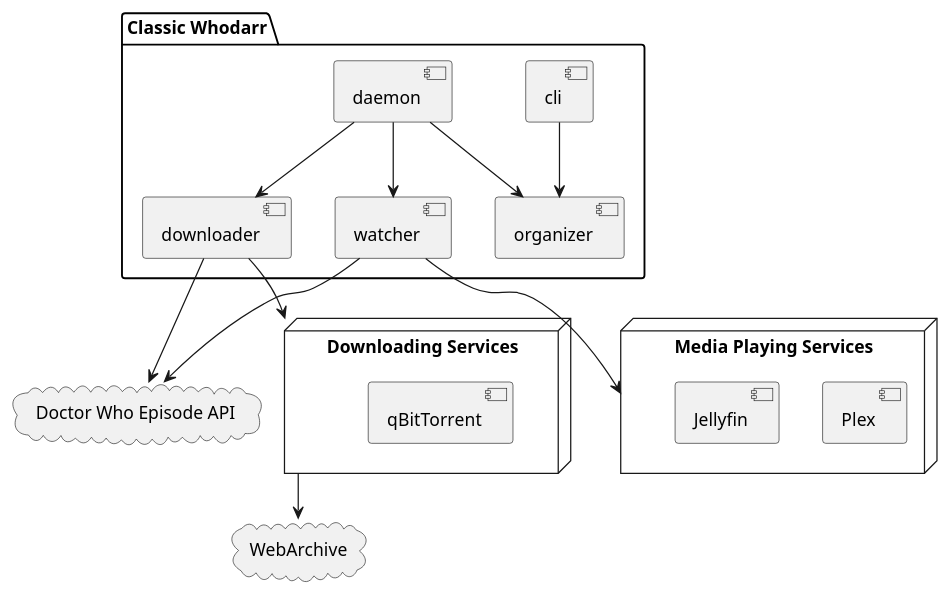
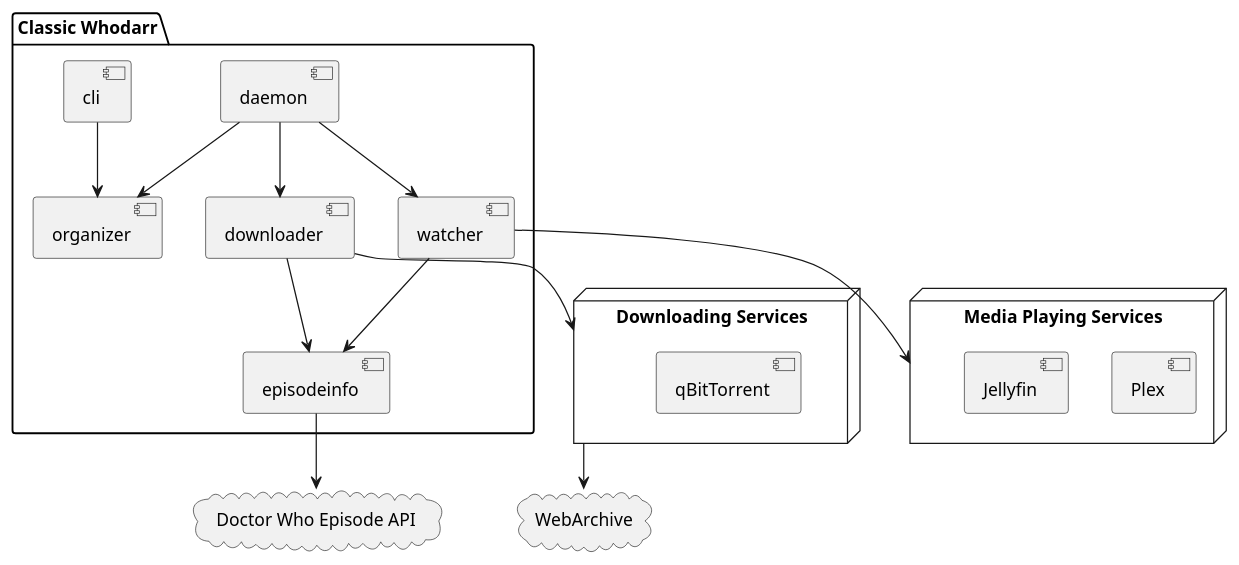
Before and after one commit to krestenlaust/classic-whodarr: the diagram in docs/componentdiagram.puml, drawn with PlantUML. The commit also changed 2 other files, not shown here.

Commit message:
Added Episode Info-module

```diff
--- a/docs/componentdiagram.puml
+++ b/docs/componentdiagram.puml
@@ -1,30 +1,31 @@
 @startuml
 
 cloud "Doctor Who Episode API"
 cloud "WebArchive"
 
 package "Classic Whodarr" {
+    [daemon] --> [downloader]
+    [daemon] --> [watcher]
+    [downloader] --> [episodeinfo]
+    [watcher] --> [episodeinfo]
     [cli] --> [organizer]
     [daemon] --> [organizer]
-    [daemon] --> [downloader]
-    [daemon] --> [watcher]
 }
 
 node "Media Playing Services" {
     [Plex]
     [Jellyfin]
 }
 
 node "Downloading Services" {
     [qBitTorrent]
 }
 
+[episodeinfo] --> "Doctor Who Episode API"
 "Downloading Services" --> "WebArchive"
 
 [downloader] --> "Downloading Services"
-[downloader] --> [Doctor Who Episode API]
 
 [watcher] --> "Media Playing Services"
-[watcher] --> [Doctor Who Episode API]
 
 @enduml
```
